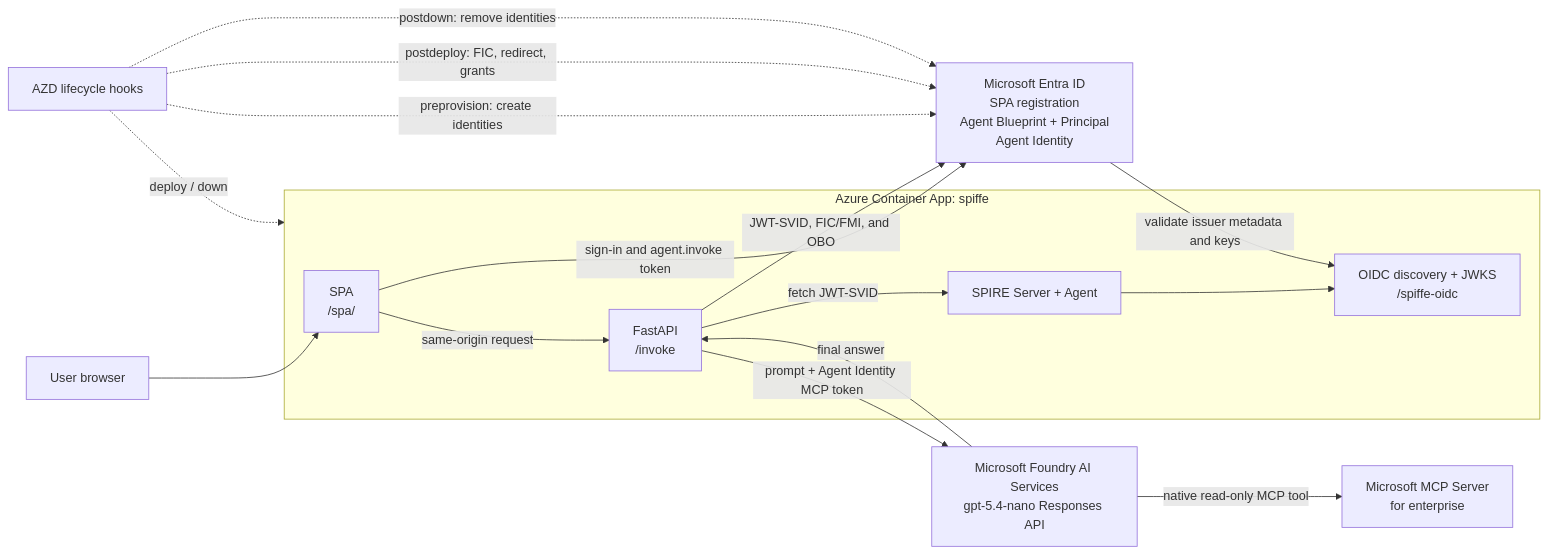
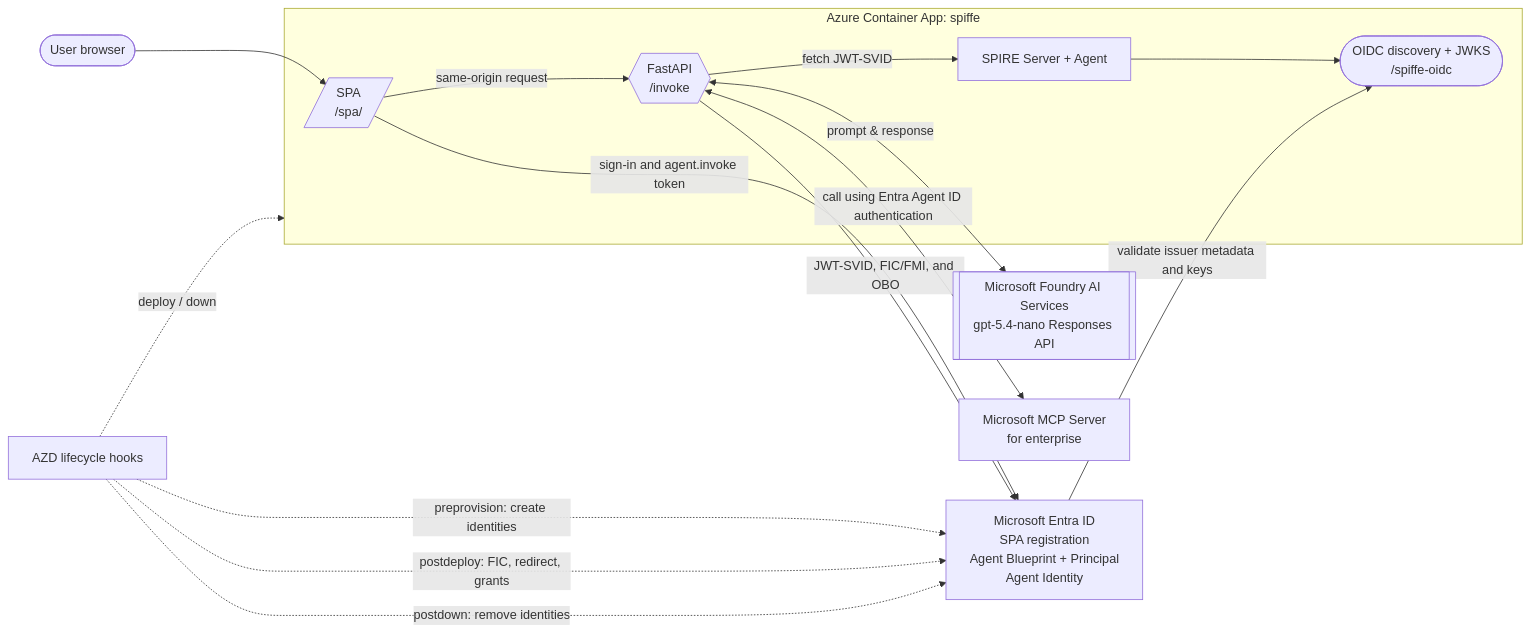
Before and after one commit to astaykov/agentid-spiffe: the diagram in README.md, drawn with Mermaid.

Commit message:
minor mermaid updates

````diff
--- a/README.md
+++ b/README.md
@@ -14,32 +14,31 @@
 ```mermaid
 flowchart LR
-  user["User browser"]
+  user(["User browser"])
   azd["AZD lifecycle hooks"]
   entra["Microsoft Entra ID<br/>SPA registration<br/>Agent Blueprint + Principal<br/>Agent Identity"]
-  model["Microsoft Foundry AI Services<br/>gpt-5.4-nano Responses API"]
+  model[["Microsoft Foundry AI Services<br/>gpt-5.4-nano Responses API"]]
   mcp["Microsoft MCP Server<br/>for enterprise"]
 
   subgraph azure["Azure Container App: spiffe"]
-    spa["SPA<br/>/spa/"]
-    api["FastAPI<br/>/invoke"]
+    spa[/"SPA<br/>/spa/"/]
+    api{{"FastAPI<br/>/invoke"}}
     spire["SPIRE Server + Agent"]
-    oidc["OIDC discovery + JWKS<br/>/spiffe-oidc"]
+    oidc(["OIDC discovery + JWKS<br/>/spiffe-oidc"])
 
     spa -->|"same-origin request"| api
     api -->|"fetch JWT-SVID"| spire
     spire --> oidc
   end
 
   user --> spa
   spa -->|"sign-in and agent.invoke token"| entra
   api -->|"JWT-SVID, FIC/FMI, and OBO"| entra
   entra -->|"validate issuer metadata and keys"| oidc
-  api -->|"prompt + Agent Identity MCP token"| model
-  model -->|"native read-only MCP tool"| mcp
-  model -->|"final answer"| api
-
+  api <-->|"prompt & response "| model
+  api <-->|"call using Entra Agent ID authentication"| mcp
+  
   azd -. "preprovision: create identities" .-> entra
   azd -. "deploy / down" .-> azure
   azd -. "postdeploy: FIC, redirect, grants" .-> entra
   azd -. "postdown: remove identities" .-> entra
 ```
````
